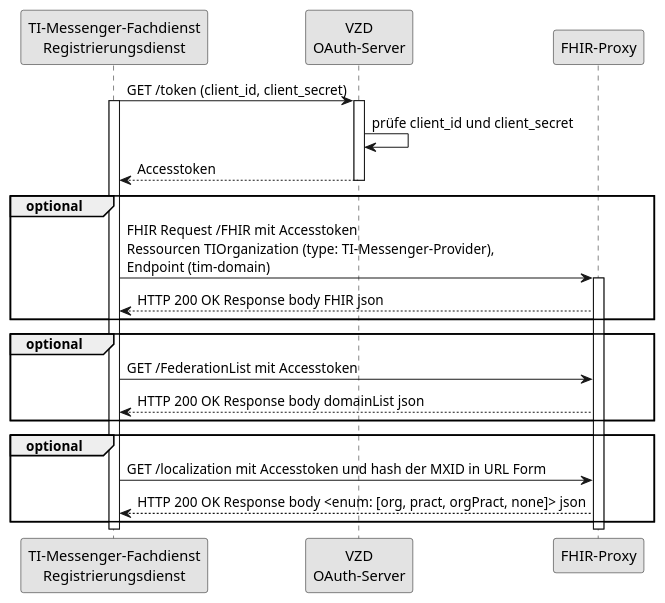
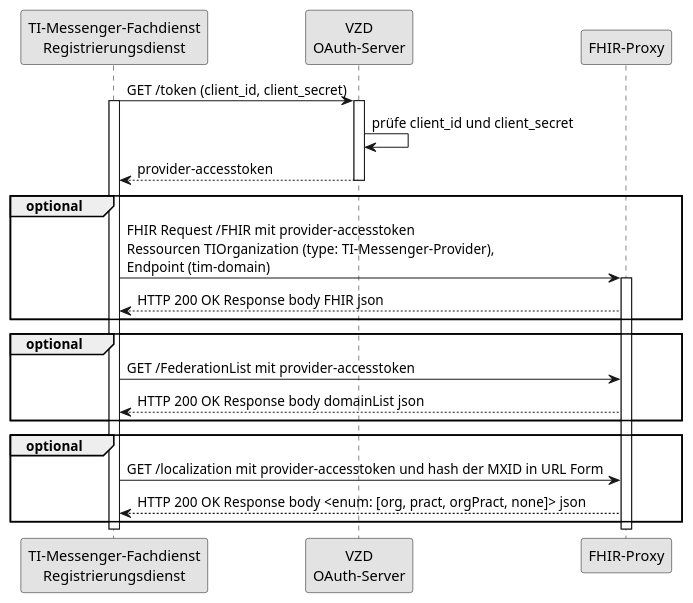
Before and after one commit to gematik/api-vzd: the diagram in src/plantuml/SequenceDiagram.FHIR-Directory.tim_provider_services.puml, drawn with PlantUML.

Commit message:
Update SequenceDiagram.FHIR-Directory.tim_provider_services.puml
Abgleich der Begriffe mit TIM Specs: Accesstoken -> provider-accesstoken

```diff
--- a/src/plantuml/SequenceDiagram.FHIR-Directory.tim_provider_services.puml
+++ b/src/plantuml/SequenceDiagram.FHIR-Directory.tim_provider_services.puml
@@ -1,32 +1,32 @@
 @startuml I_VZD_TIM_Provider_Services
 skinparam dpi 100
 skinparam WrapWidth 200
 skinparam monochrome true
 
 participant rd as "TI-Messenger-Fachdienst\nRegistrierungsdienst"
 participant oa as "VZD\nOAuth-Server"
 participant fp as "FHIR-Proxy"
 
 rd -> oa: GET /token (client_id, client_secret)
 activate rd
 activate oa
 oa -> oa: prüfe client_id und client_secret
-oa --> rd: Accesstoken
+oa --> rd: provider-accesstoken
 deactivate oa
 group optional
-rd -> fp: FHIR Request /FHIR mit Accesstoken\nRessourcen TIOrganization (type: TI-Messenger-Provider),\nEndpoint (tim-domain)
+rd -> fp: FHIR Request /FHIR mit provider-accesstoken\nRessourcen TIOrganization (type: TI-Messenger-Provider),\nEndpoint (tim-domain)
 activate fp
 fp --> rd: HTTP 200 OK Response body FHIR json
 end
 group optional
-rd -> fp: GET /FederationList mit Accesstoken
+rd -> fp: GET /FederationList mit provider-accesstoken
 fp --> rd: HTTP 200 OK Response body domainList json
 end
 group optional
-rd -> fp: GET /localization mit Accesstoken und hash der MXID in URL Form
+rd -> fp: GET /localization mit provider-accesstoken und hash der MXID in URL Form
 fp --> rd: HTTP 200 OK Response body <enum: [org, pract, orgPract, none]> json
 end
 
 deactivate fp
 deactivate rd
 @enduml
```
